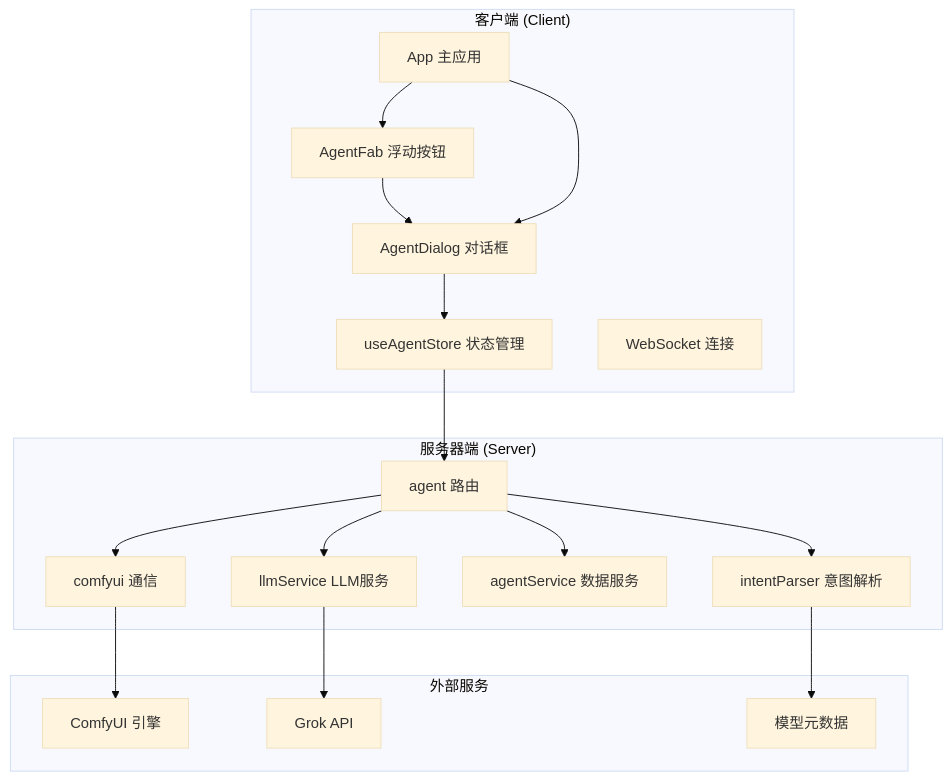
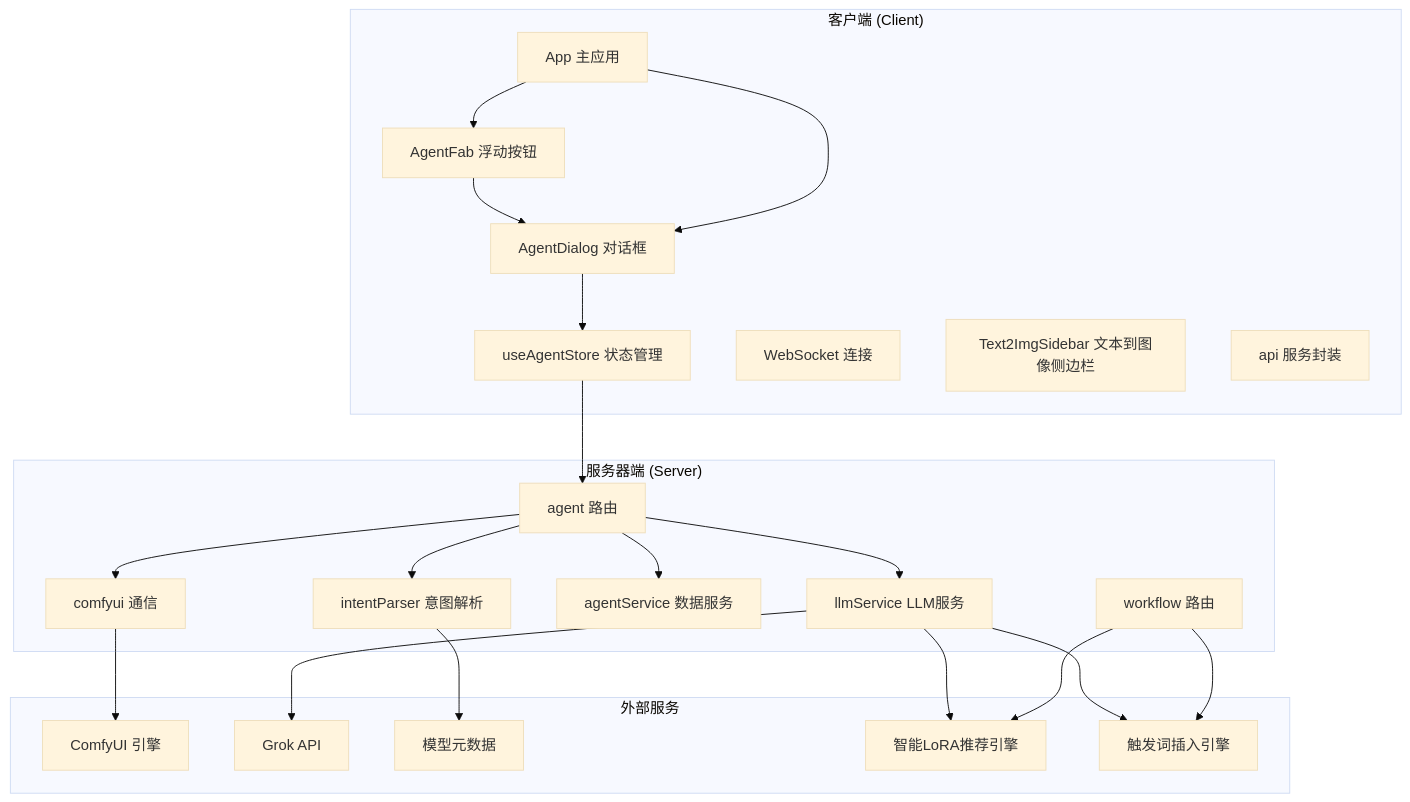
One commit to billye220670/CorineKit_Pix2Real changed the first of 9 diagrams in .qoder/repowiki/zh/content/AI浮动按钮组件.md. Above: the diagram before and after it, drawn with Mermaid (base theme). The commit also changed other lines of this file and 11 other files, not shown here.

````diff
--- a/.qoder/repowiki/zh/content/AI浮动按钮组件.md
+++ b/.qoder/repowiki/zh/content/AI浮动按钮组件.md
@@ -40,34 +52,43 @@
 ```mermaid
 graph TB
 subgraph "客户端 (Client)"
 A[AgentFab 浮动按钮]
 B[AgentDialog 对话框]
 C[useAgentStore 状态管理]
 D[App 主应用]
 E[WebSocket 连接]
+F[Text2ImgSidebar 文本到图像侧边栏]
+G[api 服务封装]
 end
 subgraph "服务器端 (Server)"
-F[agent 路由]
-G[llmService LLM服务]
-H[intentParser 意图解析]
-I[agentService 数据服务]
-J[comfyui 通信]
+H[agent 路由]
+I[llmService LLM服务]
+J[intentParser 意图解析]
+K[agentService 数据服务]
+L[comfyui 通信]
+M[workflow 路由]
 end
 subgraph "外部服务"
-K[ComfyUI 引擎]
-L[Grok API]
-M[模型元数据]
+N[ComfyUI 引擎]
+O[Grok API]
+P[模型元数据]
+Q[智能LoRA推荐引擎]
+R[触发词插入引擎]
 end
 A --> B
 B --> C
 D --> A
 D --> B
-C --> F
-F --> G
-F --> H
-F --> I
-F --> J
-G --> L
-H --> M
-J --> K
+C --> H
+H --> I
+H --> J
+H --> K
+H --> L
+I --> O
+I --> Q
+I --> R
+J --> P
+L --> N
+M --> Q
+M --> R
 ```
````
